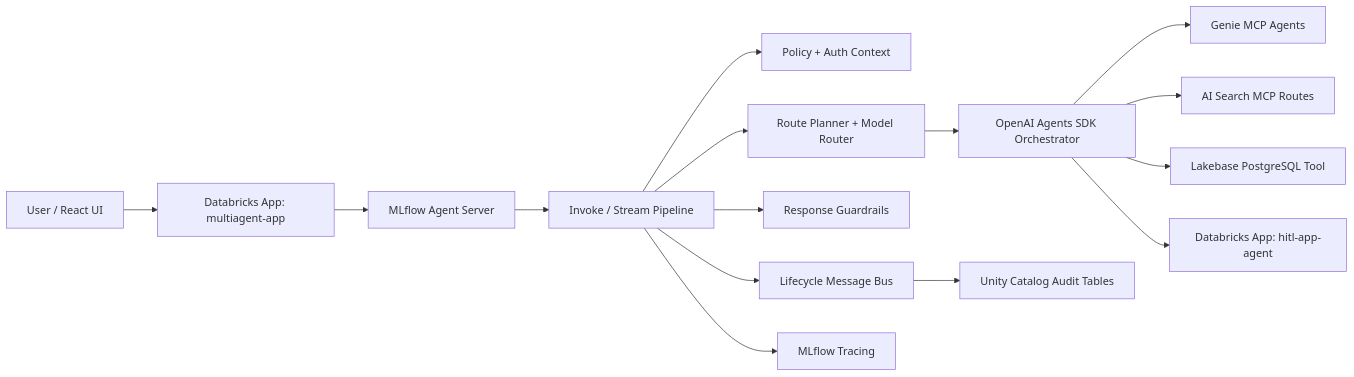
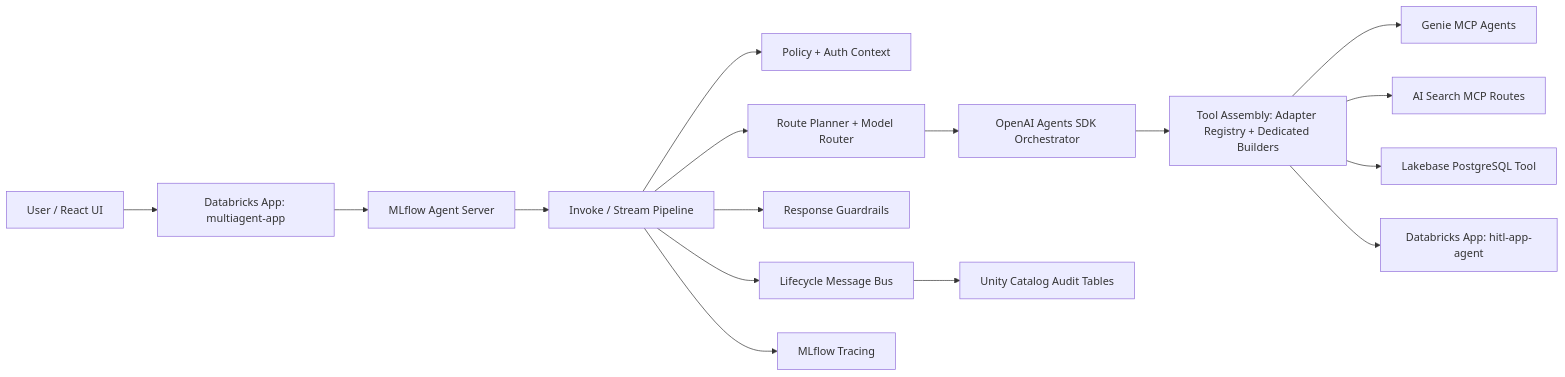
Before and after one commit to wchen-dea/Governed-Multi-Agent-Intelligence-on-Databricks: the first of 2 diagrams in docs/ai-solution-current.md, drawn with Mermaid. The commit also changed other lines of this file and 12 other files, not shown here.

````diff
--- a/docs/ai-solution-current.md
+++ b/docs/ai-solution-current.md
@@ -19,17 +19,18 @@
 ```mermaid
 flowchart LR
     User[User / React UI] --> App[Databricks App: multiagent-app]
     App --> AgentServer[MLflow Agent Server]
     AgentServer --> Pipeline[Invoke / Stream Pipeline]
     Pipeline --> Policy[Policy + Auth Context]
     Pipeline --> Router[Route Planner + Model Router]
     Router --> Orchestrator[OpenAI Agents SDK Orchestrator]
-    Orchestrator --> Genie[Genie MCP Agents]
-    Orchestrator --> Search[AI Search MCP Routes]
-    Orchestrator --> Lakebase[Lakebase PostgreSQL Tool]
-    Orchestrator --> HITL[Databricks App: hitl-app-agent]
+    Orchestrator --> Assembly[Tool Assembly: Adapter Registry + Dedicated Builders]
+    Assembly --> Genie[Genie MCP Agents]
+    Assembly --> Search[AI Search MCP Routes]
+    Assembly --> Lakebase[Lakebase PostgreSQL Tool]
+    Assembly --> HITL[Databricks App: hitl-app-agent]
     Pipeline --> Guardrails[Response Guardrails]
     Pipeline --> Audit[Lifecycle Message Bus]
     Pipeline --> MLflow[MLflow Tracing]
     Audit --> UC[Unity Catalog Audit Tables]
 ```
````
